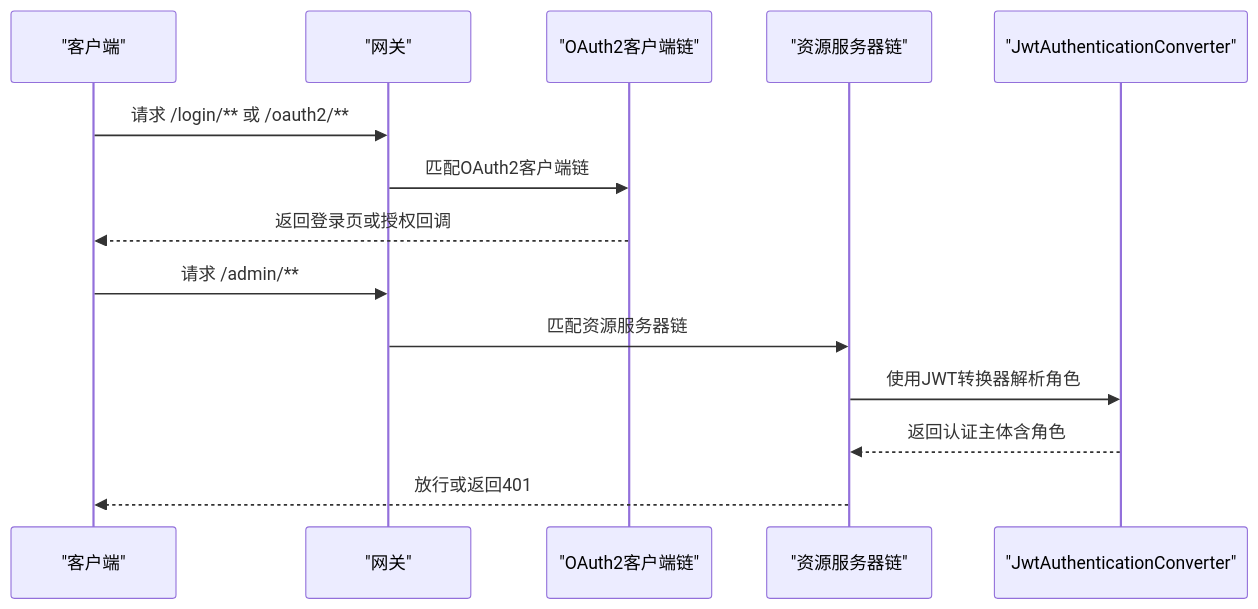
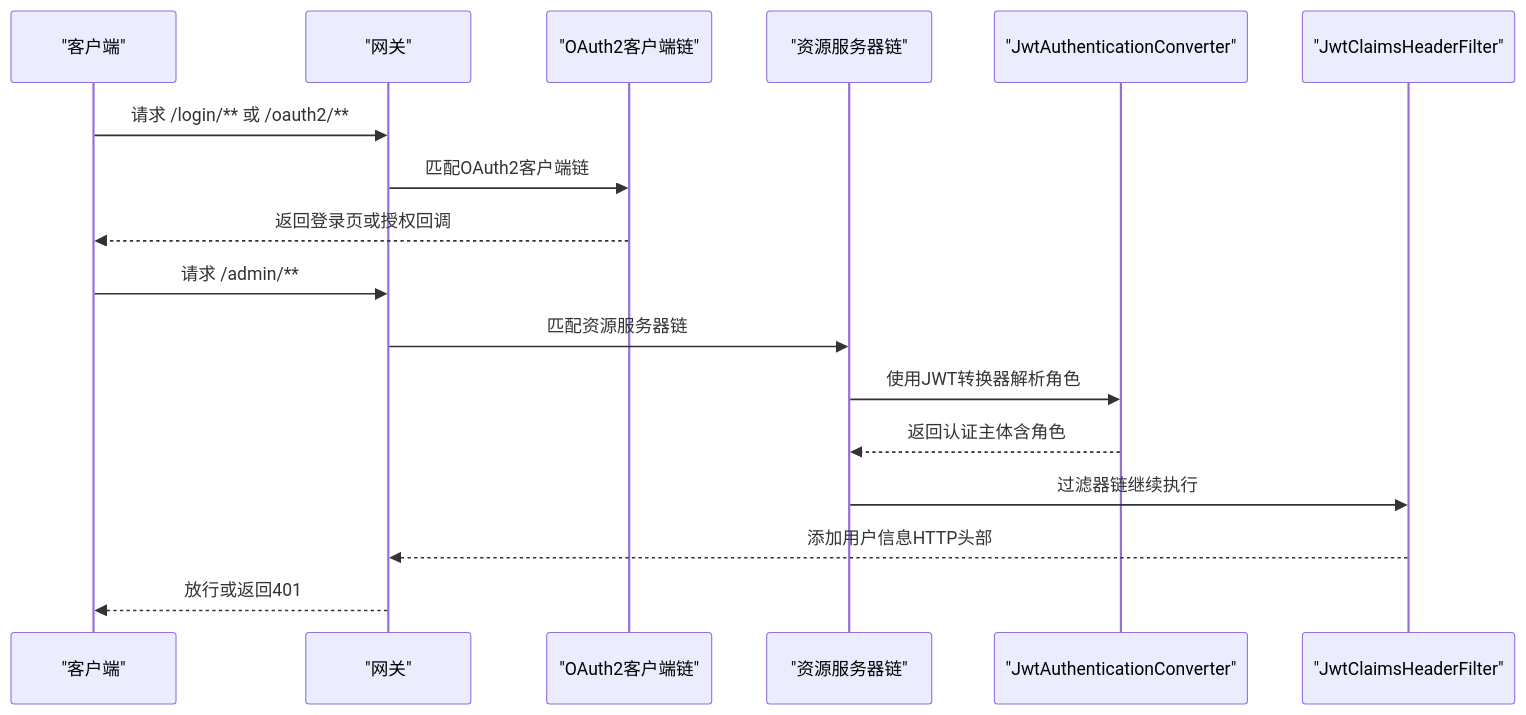
Before and after one commit to fq0121104930716/iam-platform: the third of 7 diagrams in .qoder/repowiki/zh/content/核心模块/API网关 (iam-gateway).md, drawn with Mermaid. The commit also changed other lines of this file and 13 other files, not shown here.

````diff
--- a/.qoder/repowiki/zh/content/核心模块/API网关 (iam-gateway).md
+++ b/.qoder/repowiki/zh/content/核心模块/API网关 (iam-gateway).md
@@ -127,16 +153,19 @@
 ```mermaid
 sequenceDiagram
 participant C as "客户端"
 participant G as "网关"
 participant O as "OAuth2客户端链"
 participant R as "资源服务器链"
 participant H as "JwtAuthenticationConverter"
+participant F as "JwtClaimsHeaderFilter"
 C->>G : 请求 /login/** 或 /oauth2/**
 G->>O : 匹配OAuth2客户端链
 O-->>C : 返回登录页或授权回调
 C->>G : 请求 /admin/**
 G->>R : 匹配资源服务器链
 R->>H : 使用JWT转换器解析角色
 H-->>R : 返回认证主体含角色
-R-->>C : 放行或返回401
+R->>F : 过滤器链继续执行
+F-->>G : 添加用户信息HTTP头部
+G-->>C : 放行或返回401
 ```
````
